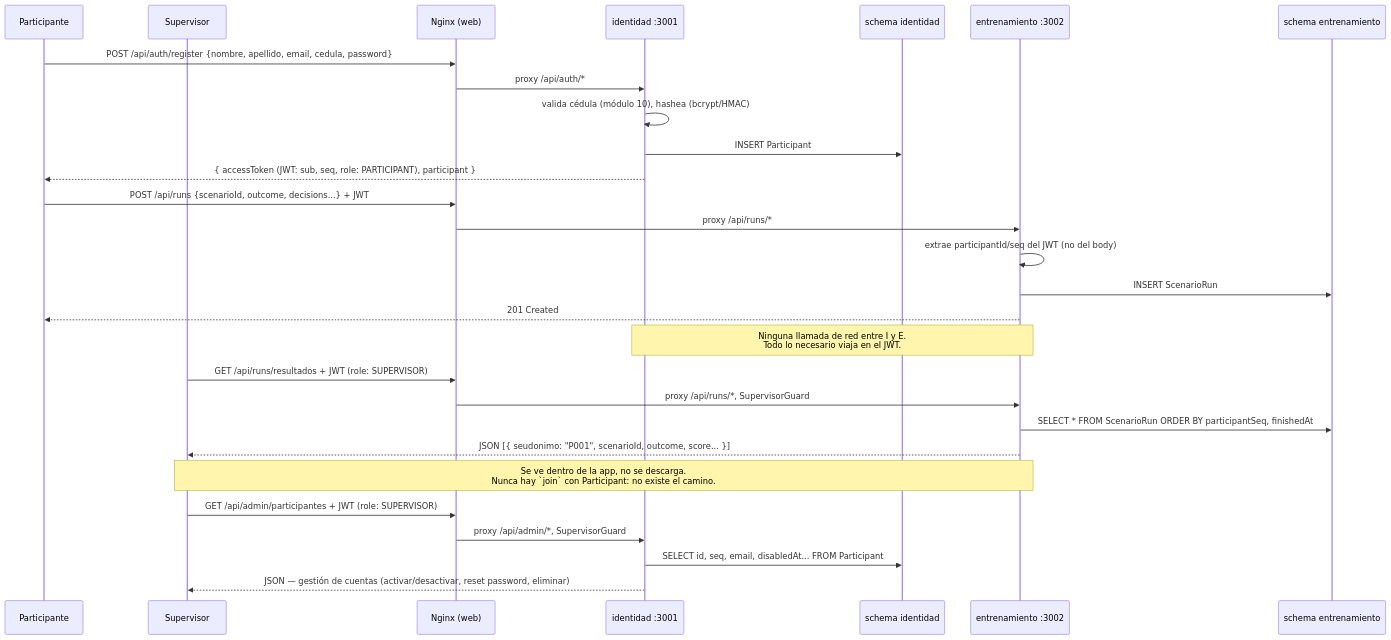
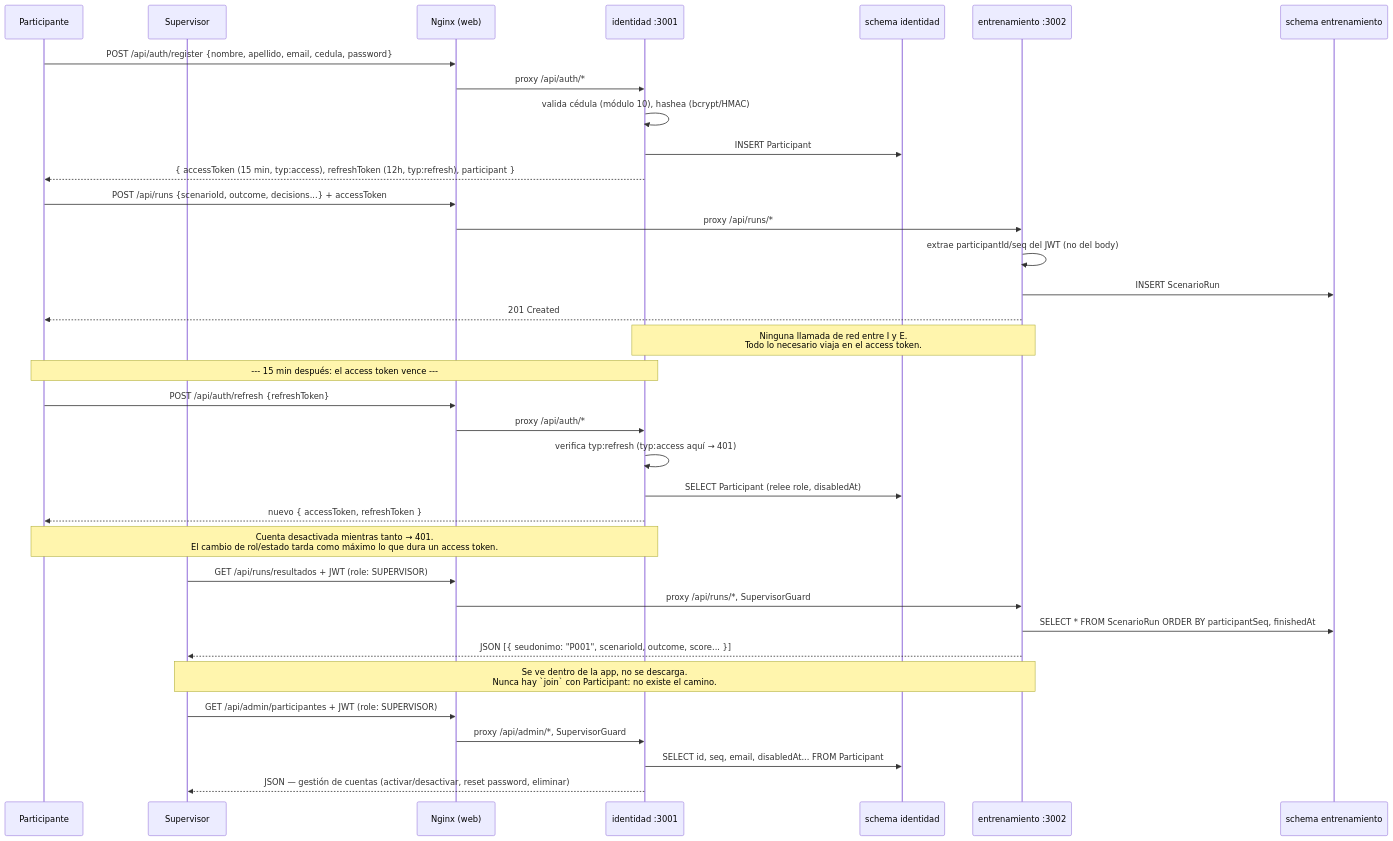
Before and after one commit to luis-sagx/SAFE-Web: the third of 3 diagrams in docs/DIAGRAMAS.md, drawn with Mermaid. The commit also changed other lines of this file and 16 other files, not shown here.

Commit message:
feat(auth): implement refresh token functionality and update JWT expiration settings

````diff
--- a/docs/DIAGRAMAS.md
+++ b/docs/DIAGRAMAS.md
@@ -108,35 +110,43 @@
 ```mermaid
 sequenceDiagram
     participant P as Participante
     participant S as Supervisor
     participant N as Nginx (web)
     participant I as identidad :3001
     participant DI as schema identidad
     participant E as entrenamiento :3002
     participant DE as schema entrenamiento
 
     P->>N: POST /api/auth/register {nombre, apellido, email, cedula, password}
     N->>I: proxy /api/auth/*
     I->>I: valida cédula (módulo 10), hashea (bcrypt/HMAC)
     I->>DI: INSERT Participant
-    I-->>P: { accessToken (JWT: sub, seq, role: PARTICIPANT), participant }
+    I-->>P: { accessToken (15 min, typ:access), refreshToken (12h, typ:refresh), participant }
 
-    P->>N: POST /api/runs {scenarioId, outcome, decisions...} + JWT
+    P->>N: POST /api/runs {scenarioId, outcome, decisions...} + accessToken
     N->>E: proxy /api/runs/*
     E->>E: extrae participantId/seq del JWT (no del body)
     E->>DE: INSERT ScenarioRun
     E-->>P: 201 Created
 
-    Note over I,E: Ninguna llamada de red entre I y E.<br/>Todo lo necesario viaja en el JWT.
+    Note over I,E: Ninguna llamada de red entre I y E.<br/>Todo lo necesario viaja en el access token.
+
+    Note over P,I: --- 15 min después: el access token vence ---
+    P->>N: POST /api/auth/refresh {refreshToken}
+    N->>I: proxy /api/auth/*
+    I->>I: verifica typ:refresh (typ:access aquí → 401)
+    I->>DI: SELECT Participant (relee role, disabledAt)
+    I-->>P: nuevo { accessToken, refreshToken }
+    Note over I,P: Cuenta desactivada mientras tanto → 401.<br/>El cambio de rol/estado tarda como máximo lo que dura un access token.
 
     S->>N: GET /api/runs/resultados + JWT (role: SUPERVISOR)
     N->>E: proxy /api/runs/*, SupervisorGuard
     E->>DE: SELECT * FROM ScenarioRun ORDER BY participantSeq, finishedAt
     E-->>S: JSON [{ seudonimo: "P001", scenarioId, outcome, score... }]
     Note over E,S: Se ve dentro de la app, no se descarga.<br/>Nunca hay `join` con Participant: no existe el camino.
 
     S->>N: GET /api/admin/participantes + JWT (role: SUPERVISOR)
     N->>I: proxy /api/admin/*, SupervisorGuard
     I->>DI: SELECT id, seq, email, disabledAt... FROM Participant
     I-->>S: JSON — gestión de cuentas (activar/desactivar, reset password, eliminar)
 ```
````
